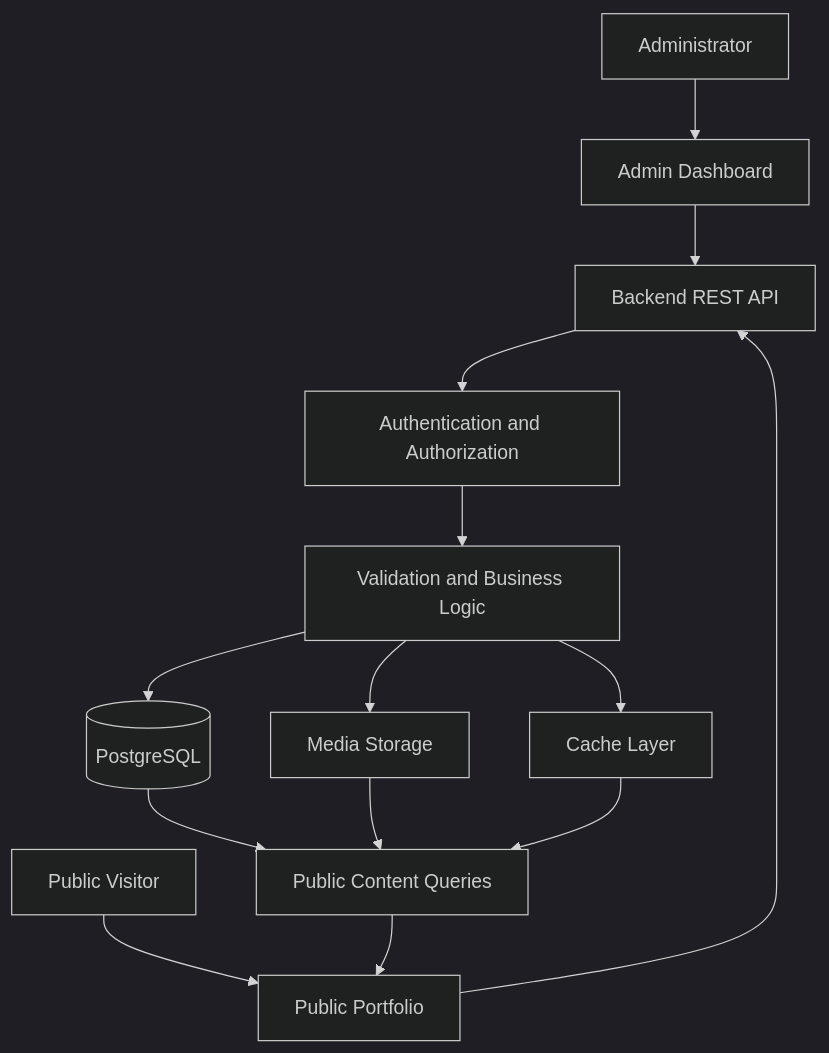
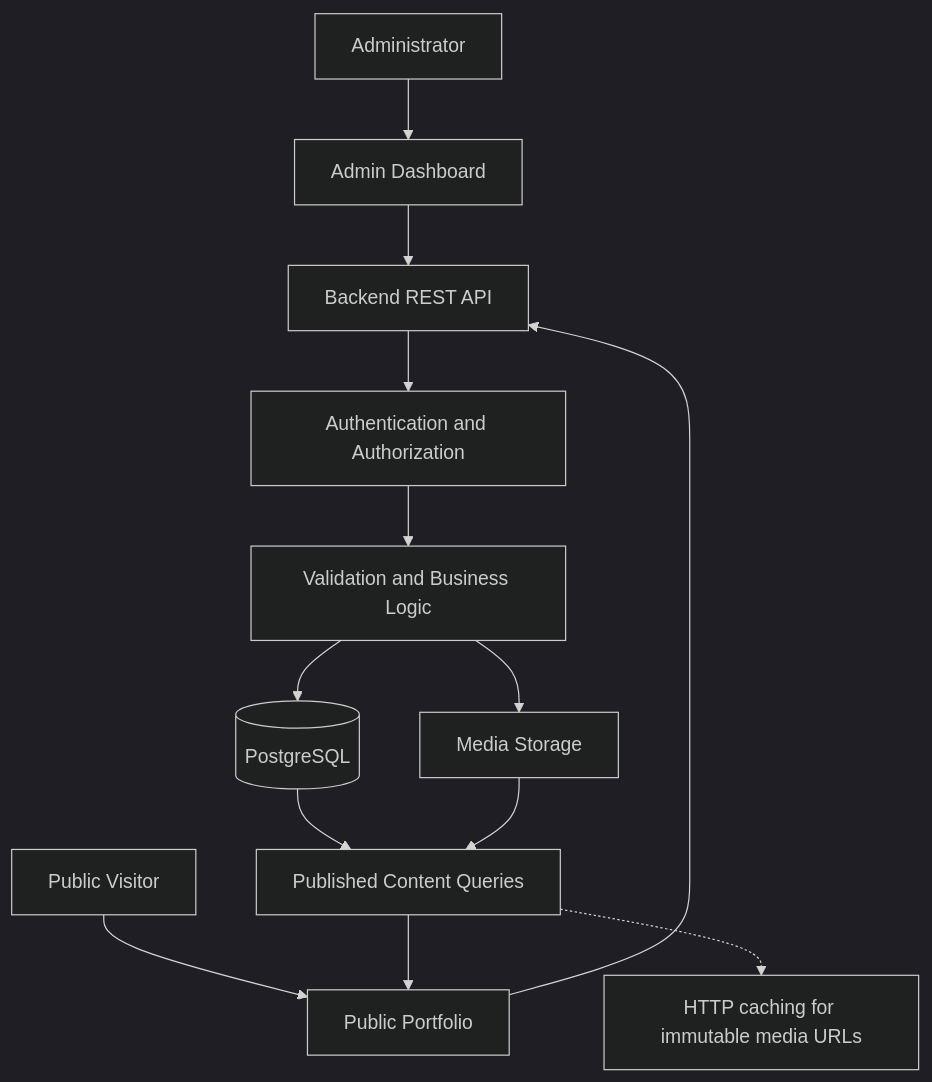
Before and after one commit to pawan-chaudhary-70056/Personal-portfolio: the diagram in README.md, drawn with Mermaid (dark theme). The commit also changed other lines of this file and 69 other files, not shown here.

````diff
--- a/README.md
+++ b/README.md
@@ -172,19 +170,19 @@
 ```mermaid
 flowchart TD
     A[Administrator] --> B[Admin Dashboard]
     U[Public Visitor] --> C[Public Portfolio]
 
     B --> D[Backend REST API]
     C --> D
 
     D --> E[Authentication and Authorization]
     E --> F[Validation and Business Logic]
     F --> G[(PostgreSQL)]
     F --> H[Media Storage]
-    F --> I[Cache Layer]
 
-    G --> J[Public Content Queries]
+    G --> J[Published Content Queries]
     H --> J
-    I --> J
     J --> C
+
+    J -.-> K[HTTP caching for immutable media URLs]
 ```
````
